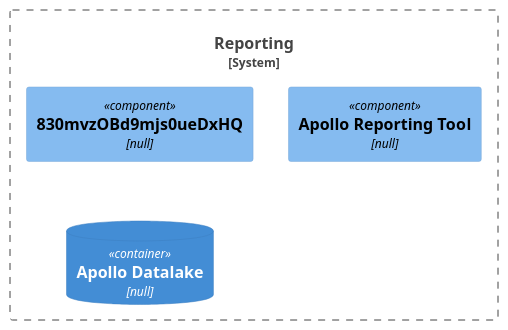
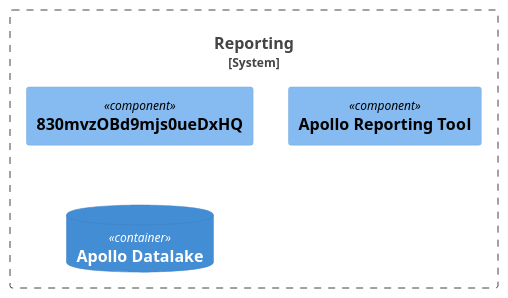
One commit to brunasti/icepanel-tools changed the diagram in examples/pg/icePanel-C4-2-Reporting.puml. Above: the diagram before and after it, drawn with PlantUML. The commit also changed 31 other files, not shown here.

```diff
--- a/examples/pg/icePanel-C4-2-Reporting.puml
+++ b/examples/pg/icePanel-C4-2-Reporting.puml
@@ -1,28 +1,28 @@
 @startuml
 'https://plantuml.com/class-diagram
 ' CONVERT ICEPANEL DIAGRAM ===========
 ' Converter          : it.brunasti.icepanel.tools.IcePanelToPlantUmlConverter
 ' IcePanel JSON File : [./examples/pg/pg-001.json]
 ' Configuration      : [./examples/pg/config.json]
-' Generated at       : Wed Apr 17 10:16:45 CEST 2024
+' Generated at       : Wed Apr 17 10:37:19 CEST 2024
 
 !include https://raw.githubusercontent.com/plantuml-stdlib/C4-PlantUML/master/C4_Context.puml
 !include https://raw.githubusercontent.com/plantuml-stdlib/C4-PlantUML/master/C4_Component.puml
 
 
 
 System_Boundary(hPa1gkYEDR8ckn11BmCT, "Reporting" ) {
     ' CLASSES =======
-    Component(830mvzOBd9mjs0ueDxHQ, "830mvzOBd9mjs0ueDxHQ", "null" )
-    Component(dEiIJVGFUes52kwYOBfJ, "Apollo Reporting Tool", "null" )
-    ContainerDb(oVGxmBWAZwzORBGnm63k, "Apollo Datalake", "null", "" )
+    Component(830mvzOBd9mjs0ueDxHQ, "830mvzOBd9mjs0ueDxHQ", "" )
+    Component(dEiIJVGFUes52kwYOBfJ, "Apollo Reporting Tool", "" )
+    ContainerDb(oVGxmBWAZwzORBGnm63k, "Apollo Datalake", "", "" )
 }
 
 
 ' NEIGHBOR CLASSES =======
 
 
 ' CONNECTIONS =======
 
 
 @enduml
```
